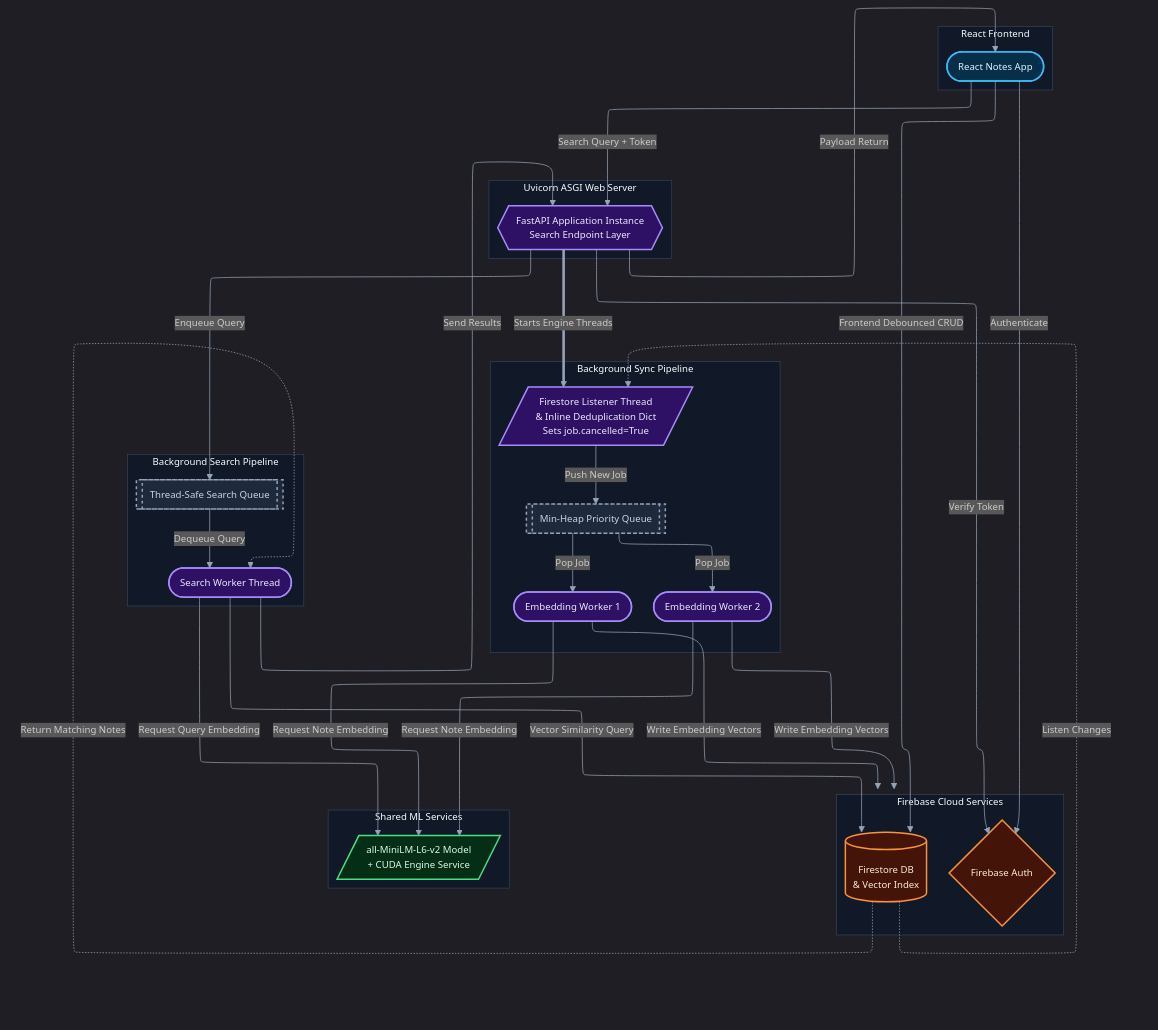
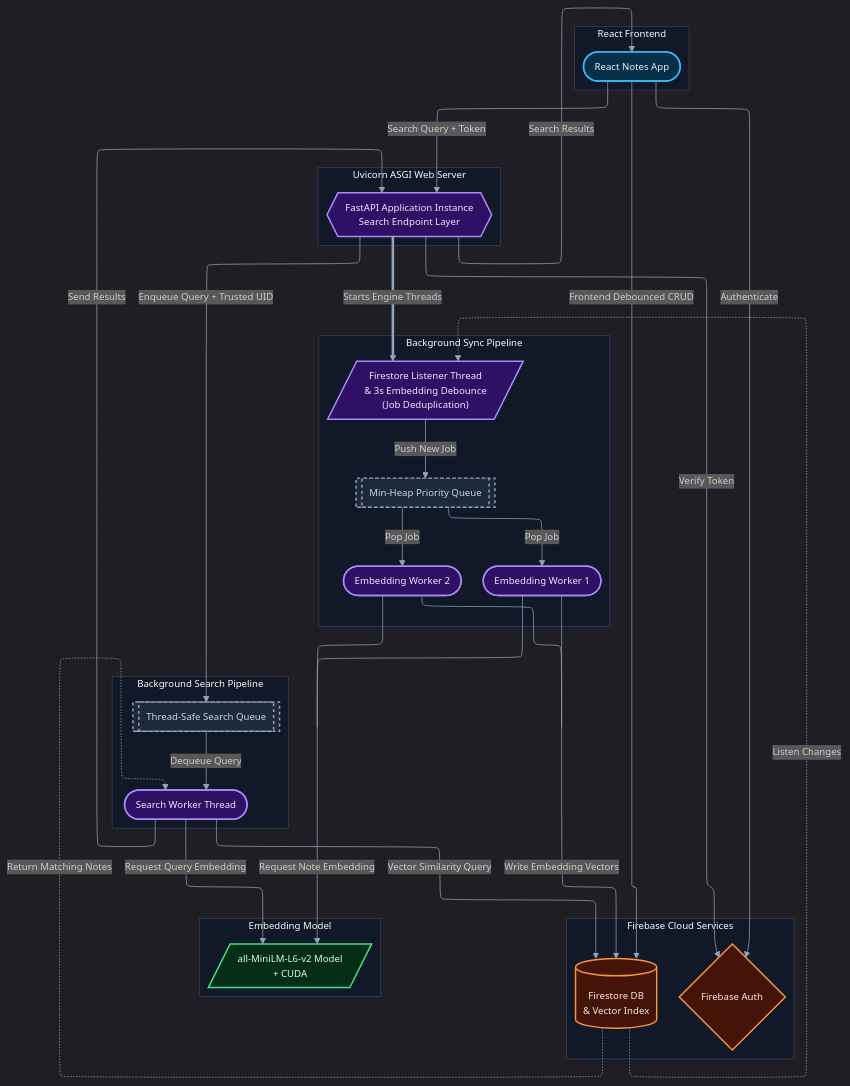
Before and after one commit to FuzeIsHere/notes-app: the diagram in assests/dark.md, drawn with Mermaid. The commit also changed 4 other files, not shown here.

Commit message:
docs: cleaner and accurate architecture diagrams

````diff
--- a/assests/dark.md
+++ b/assests/dark.md
@@ -30,7 +30,7 @@
     end
 
     subgraph Sync_Engine["Background Sync Pipeline"]
-        Listener[/"Firestore Listener Thread<br>&amp; Inline Deduplication Dict<br>Sets job.cancelled=True"/]
+        Listener[/"Firestore Listener Thread<br>&amp; 3s Embedding Debounce<br>(Job Deduplication)"/]
         PQueue[["Min-Heap Priority Queue"]]
         Worker1(["Embedding Worker 1"])
         Worker2(["Embedding Worker 2"])
@@ -41,14 +41,9 @@
         SearchWorker(["Search Worker Thread"])
     end
 
-    subgraph Compute_Services["Shared ML Services"]
-        ModelService[/"all-MiniLM-L6-v2 Model<br>+ CUDA Engine Service"/]
+    subgraph Compute_Services["Embedding Model"]
+        ModelService[/"all-MiniLM-L6-v2 Model<br>+ CUDA"/]
     end
-
-    Client_Layer ~~~ RightRail[" "]
-    Runtime_Server ~~~ RightRail
-    Search_Engine ~~~ RightRail
-    Compute_Services ~~~ RightRail
 
     API == Starts Engine Threads ==> Listener
     App -- Authenticate --> Auth
@@ -56,19 +51,25 @@
     Firestore -. Listen Changes .-> Listener
     Listener -- Push New Job --> PQueue
     PQueue -- Pop Job --> Worker1 & Worker2
-    Worker1 -- Request Note Embedding --> ModelService
-    Worker2 -- Request Note Embedding --> ModelService
-    Worker1 -- Write Embedding Vectors --> Firestore
-    Worker2 -- Write Embedding Vectors --> Firestore
+
+    %% Seamless Line Merging Layout
+    Worker1 --- J1
+    Worker2 --- J1
+    J1 -- Request Note Embedding --> ModelService
+
+    Worker1 --- J2
+    Worker2 --- J2
+    J2 -- Write Embedding Vectors --> Firestore
+
     App -- Search Query + Token --> API
     API -- Verify Token --> Auth
-    API -- Enqueue Query --> SQueue
+    API -- Enqueue Query + Trusted UID --> SQueue
     SQueue -- Dequeue Query --> SearchWorker
     SearchWorker -- Request Query Embedding --> ModelService
     SearchWorker -- Vector Similarity Query --> Firestore
     Firestore -. Return Matching Notes .-> SearchWorker
     SearchWorker -- Send Results --> API
-    API -- Payload Return --> App
+    API -- Search Results --> App
 
     App:::client
     Auth:::firebase
@@ -83,6 +84,10 @@
     ModelService:::service
     RightRail:::hiddenAnchor
 
+    %% Declared as pure empty containers to wipe out the junction circles
+    J1[" "]:::invisibleMerge
+    J2[" "]:::invisibleMerge
+
     classDef default fill:#111827,stroke:#334155,color:#e2e8f0
     classDef client fill:#082f49,stroke:#38bdf8,stroke-width:2px,color:#e0f2fe
     classDef firebase fill:#431407,stroke:#fb923c,stroke-width:2px,color:#ffedd5
@@ -90,4 +95,8 @@
     classDef queue fill:#1e293b,stroke:#94a3b8,stroke-width:2px,stroke-dasharray:4 4,color:#cbd5e1
     classDef service fill:#052e16,stroke:#4ade80,stroke-width:2px,color:#dcfce7
     classDef hiddenAnchor fill:none,stroke:none,color:#00000000
+
+    %% Strict Zero-Asset Configuration to force a single shared orthogonal line trace
+    classDef invisibleMerge display:none,visibility:hidden,opacity:0,fill:none,stroke:none,stroke-width:0px,width:0px,height:0px,padding:0px,margin:0px;
+
 ```
````
